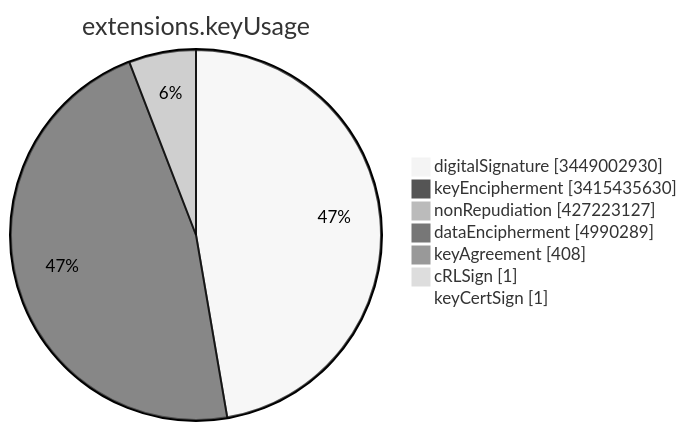
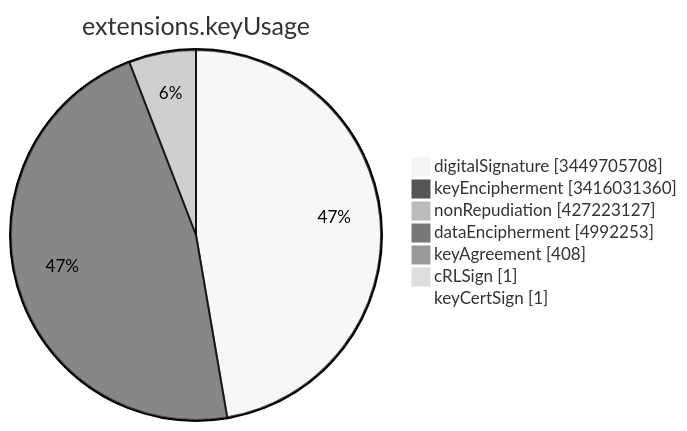
Before and after one commit to christiankrug/ctmonitor_visualization: the sixth of 15 diagrams in TOTAL/README.md, drawn with Mermaid (neutral theme). The commit also changed other lines of this file, not shown here.

````diff
--- a/TOTAL/README.md
+++ b/TOTAL/README.md
@@ -3082,11 +3082,11 @@
 ```mermaid
 pie showData
 title extensions.keyUsage
-"digitalSignature" :3449002930
-"keyEncipherment" :3415435630
+"digitalSignature" :3449705708
+"keyEncipherment" :3416031360
 "nonRepudiation" :427223127
-"dataEncipherment" :4990289
+"dataEncipherment" :4992253
 "keyAgreement" :408
 "cRLSign" :1
 "keyCertSign" :1
 ```
````
